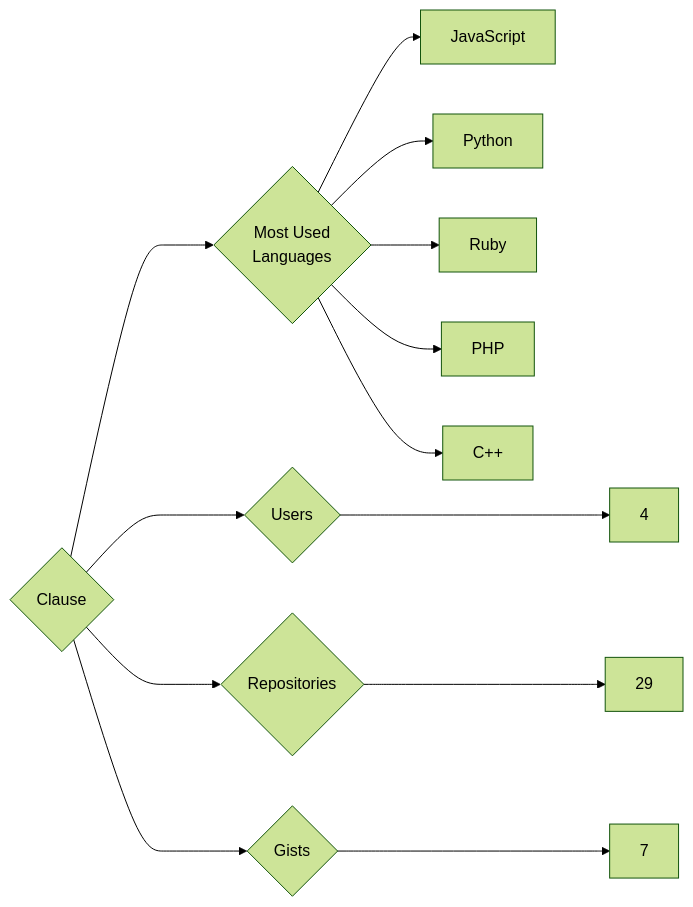
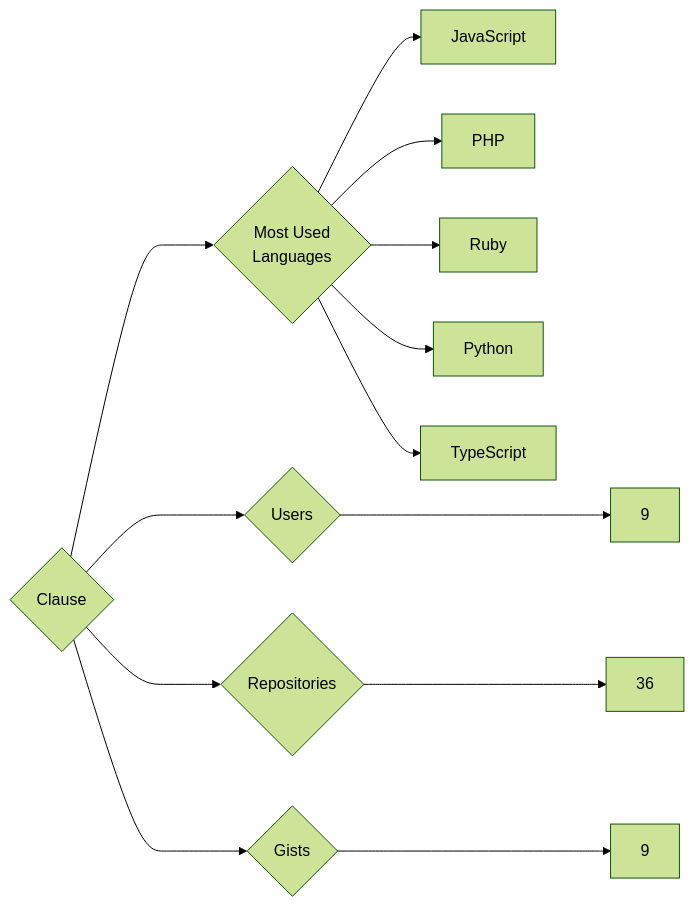
Before and after one commit to trickest/insiders: the diagram in targets/Clause/README.md, drawn with Mermaid (forest theme). The commit also changed 714 other files, not shown here.

````diff
--- a/targets/Clause/README.md
+++ b/targets/Clause/README.md
@@ -3,13 +3,13 @@
 ```mermaid
 graph LR
 COMPANY_NAME{Clause}
-COMPANY_NAME ---> U{Users} ---> UN[4]
-COMPANY_NAME ---> R{Repositories} ---> RN[29]
-COMPANY_NAME ---> G{Gists} ---> GN[7]
+COMPANY_NAME ---> U{Users} ---> UN[9]
+COMPANY_NAME ---> R{Repositories} ---> RN[36]
+COMPANY_NAME ---> G{Gists} ---> GN[9]
 COMPANY_NAME ---> ML{Most Used<br>Languages}
 ML --> JavaScript[JavaScript]
+ML --> PHP[PHP]
+ML --> Ruby[Ruby]
 ML --> Python[Python]
-ML --> Ruby[Ruby]
-ML --> PHP[PHP]
-ML --> C++[C++]
+ML --> TypeScript[TypeScript]
 ```
````
